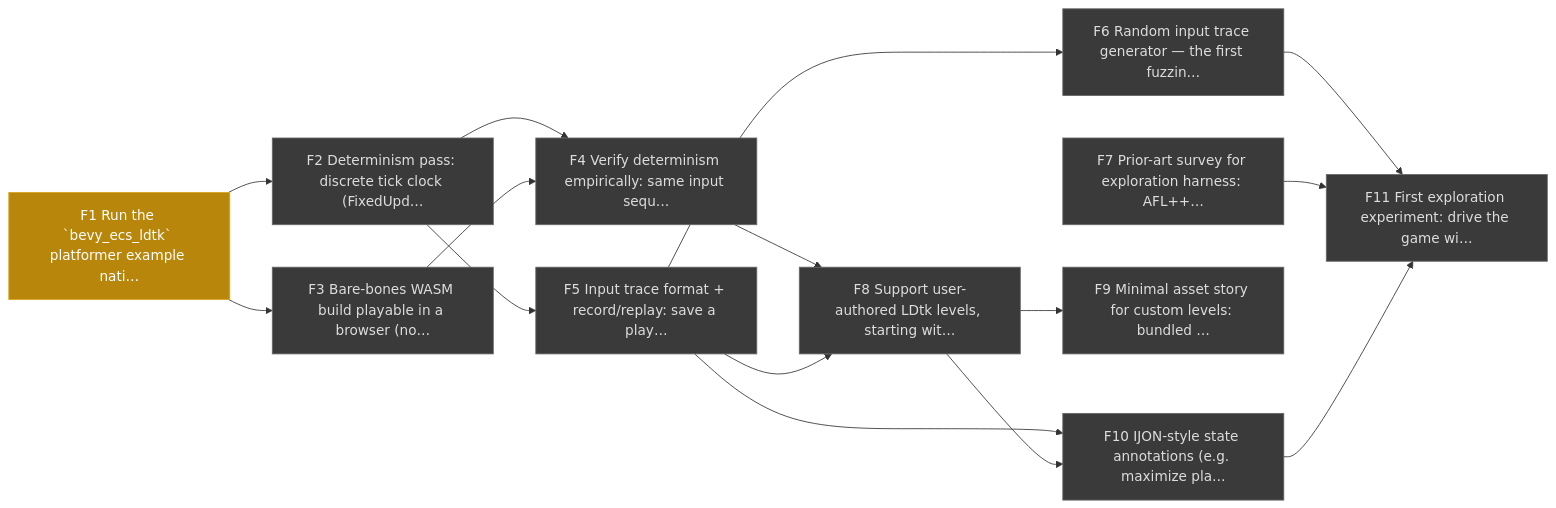
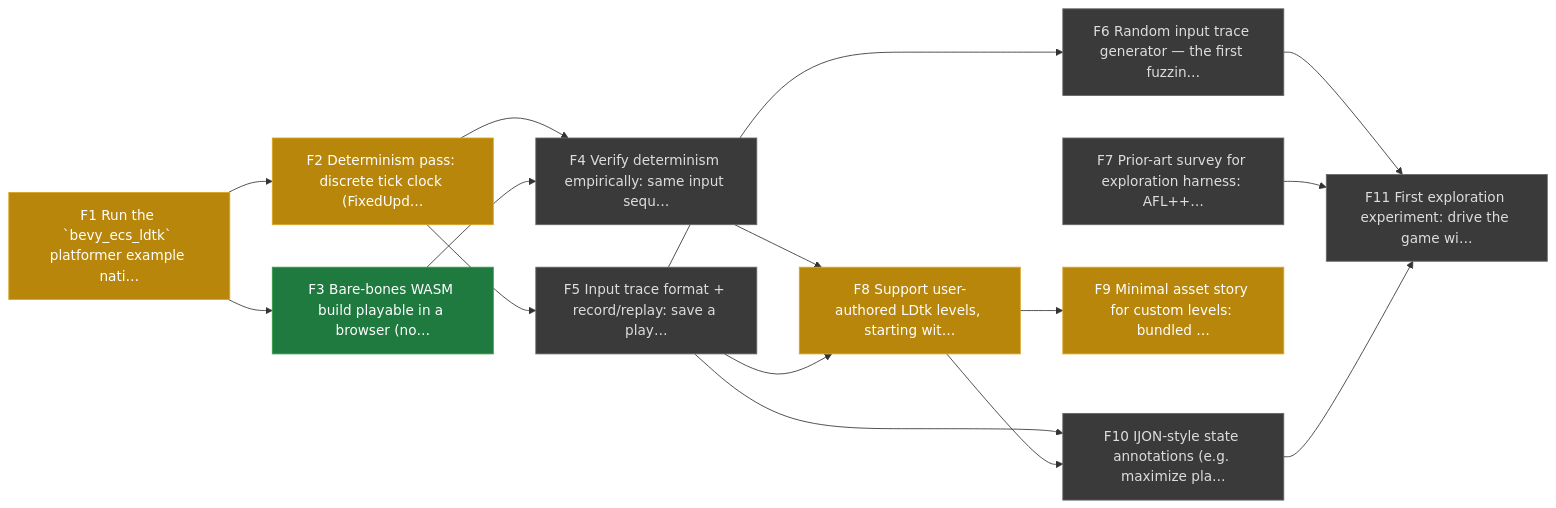
Before and after one commit to nverhaaren-ai/flezzle-rs: the diagram in ROADMAP.md, drawn with Mermaid. The commit also changed other lines of this file and 10 other files, not shown here.

````diff
--- a/ROADMAP.md
+++ b/ROADMAP.md
@@ -11,32 +11,32 @@
 ```mermaid
 graph LR
   F1["F1 Run the `bevy_ecs_ldtk` platformer example nati…"]:::inprogress
-  F2["F2 Determinism pass: discrete tick clock (FixedUpd…"]:::pending
-  F3["F3 Bare-bones WASM build playable in a browser (no…"]:::pending
+  F2["F2 Determinism pass: discrete tick clock (FixedUpd…"]:::inprogress
+  F3["F3 Bare-bones WASM build playable in a browser (no…"]:::done
   F4["F4 Verify determinism empirically: same input sequ…"]:::pending
   F5["F5 Input trace format + record/replay: save a play…"]:::pending
   F6["F6 Random input trace generator — the first fuzzin…"]:::pending
   F7["F7 Prior-art survey for exploration harness: AFL++…"]:::pending
-  F8["F8 Support user-authored LDtk levels, starting wit…"]:::pending
-  F9["F9 Minimal asset story for custom levels: bundled …"]:::pending
+  F8["F8 Support user-authored LDtk levels, starting wit…"]:::inprogress
+  F9["F9 Minimal asset story for custom levels: bundled …"]:::inprogress
   F10["F10 IJON-style state annotations (e.g. maximize pla…"]:::pending
   F11["F11 First exploration experiment: drive the game wi…"]:::pending
   F1 --> F2
   F1 --> F3
   F2 --> F4
   F3 --> F4
   F2 --> F5
   F5 --> F6
   F4 --> F8
   F5 --> F8
   F8 --> F9
   F5 --> F10
   F8 --> F10
   F6 --> F11
   F7 --> F11
   F10 --> F11
   classDef pending fill:#3a3a3a,stroke:#666,color:#ddd;
   classDef inprogress fill:#b8860b,stroke:#daa520,color:#fff;
   classDef done fill:#1f7a3f,stroke:#2ea043,color:#fff;
   classDef blocked fill:#8b1a1a,stroke:#da3633,color:#fff;
 ```
````
